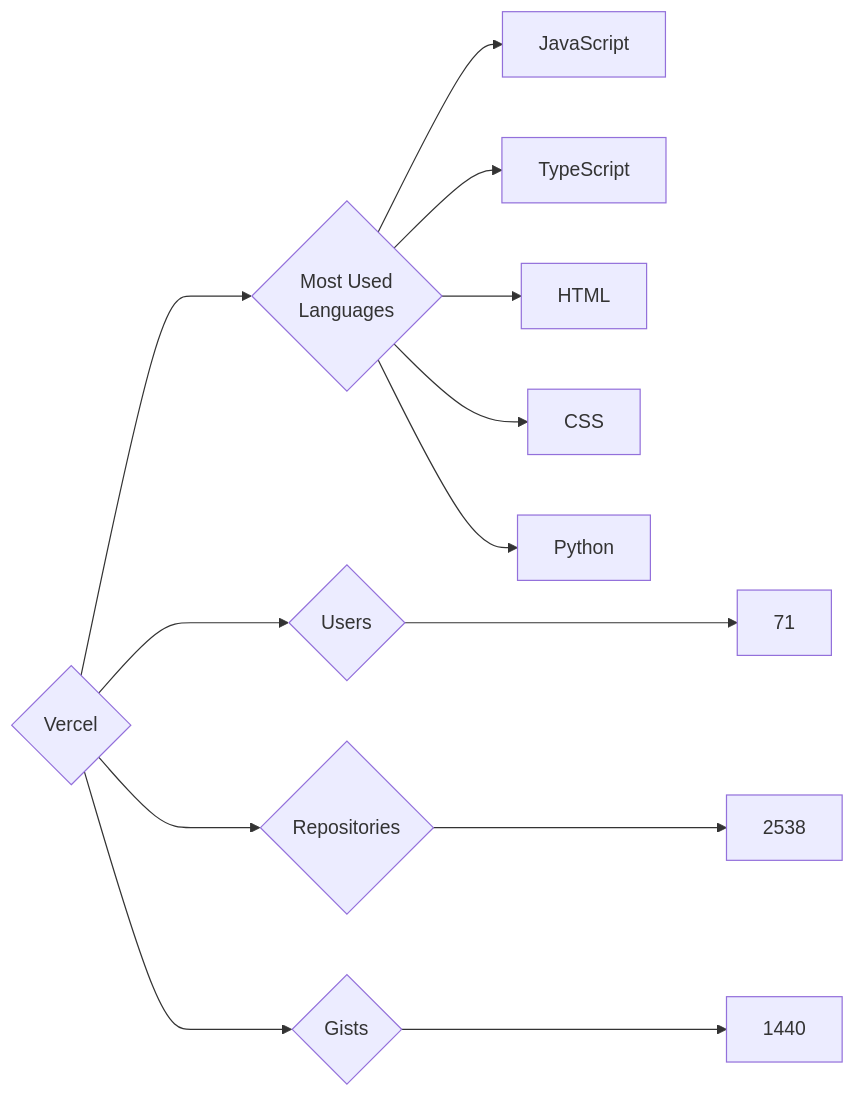
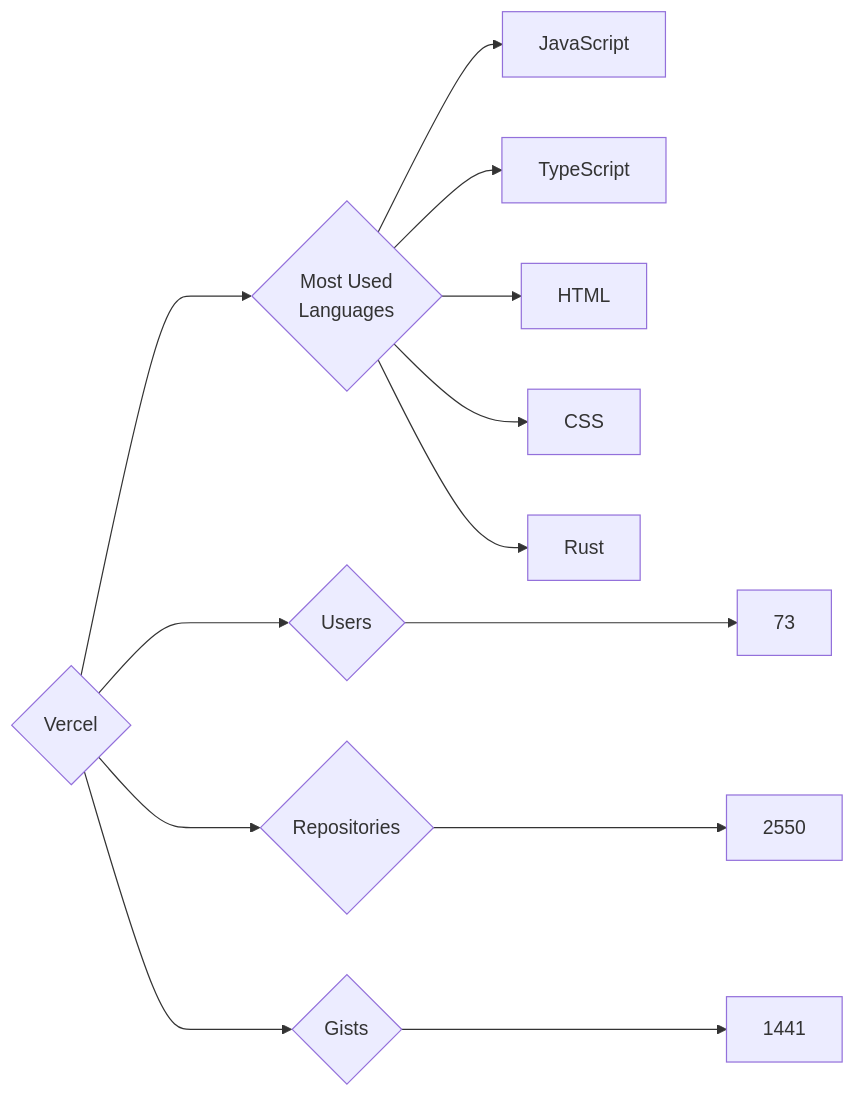
Before and after one commit to trickest/insiders: the diagram in targets/Vercel/README.md, drawn with Mermaid. The commit also changed 955 other files, not shown here.

````diff
--- a/targets/Vercel/README.md
+++ b/targets/Vercel/README.md
@@ -3,13 +3,13 @@
 ```mermaid
 graph LR
 COMPANY_NAME{Vercel}
-COMPANY_NAME ---> U{Users} ---> UN[71]
-COMPANY_NAME ---> R{Repositories} ---> RN[2538]
-COMPANY_NAME ---> G{Gists} ---> GN[1440]
+COMPANY_NAME ---> U{Users} ---> UN[73]
+COMPANY_NAME ---> R{Repositories} ---> RN[2550]
+COMPANY_NAME ---> G{Gists} ---> GN[1441]
 COMPANY_NAME ---> ML{Most Used<br>Languages}
 ML --> JavaScript[JavaScript]
 ML --> TypeScript[TypeScript]
 ML --> HTML[HTML]
 ML --> CSS[CSS]
-ML --> Python[Python]
+ML --> Rust[Rust]
 ```
````
